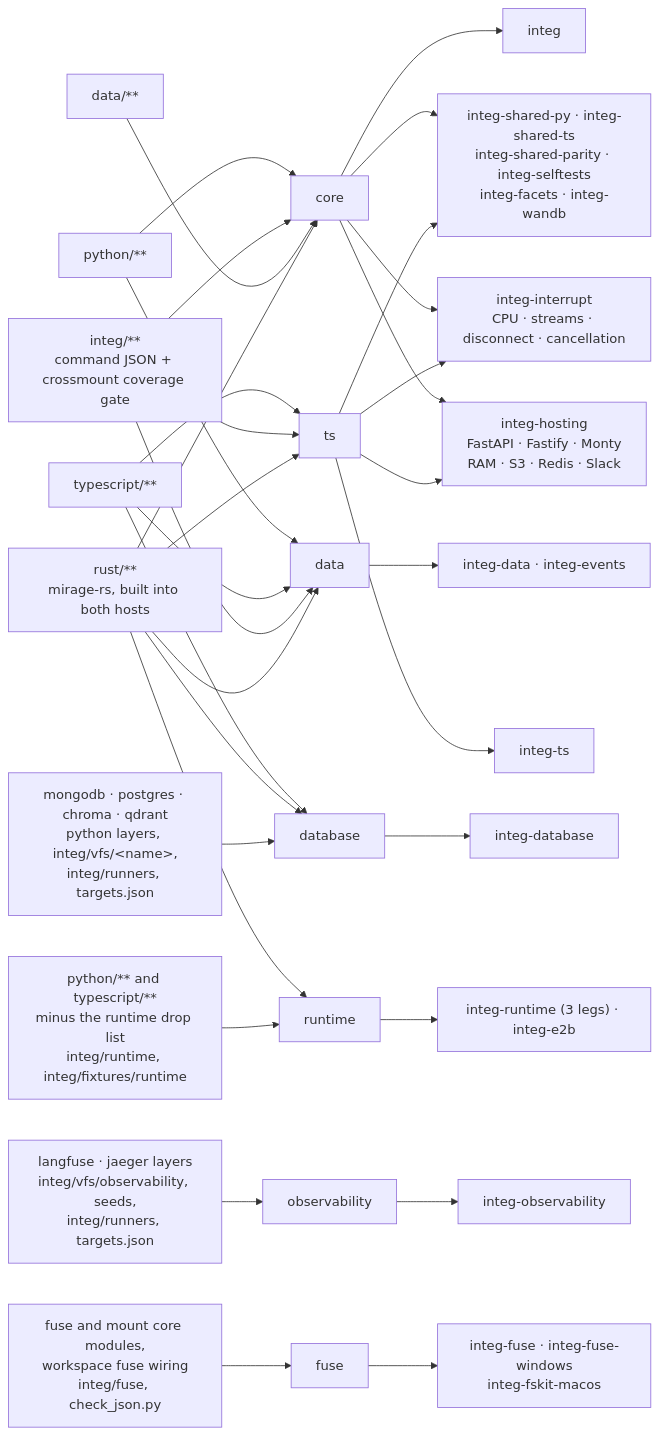
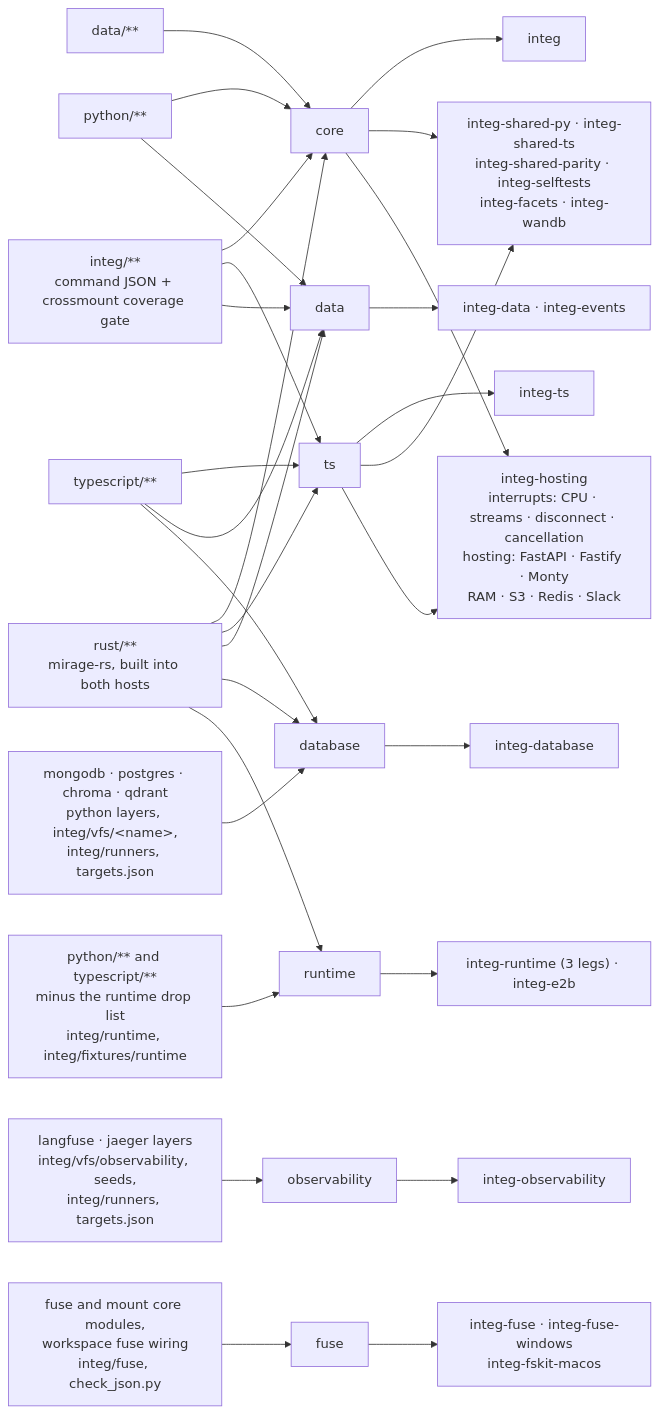
One commit to bytecii/mirage changed the diagram in integ/README.md. Above: the diagram before and after it, drawn with Mermaid. The commit also changed 4 other files, not shown here.

````diff
--- a/integ/README.md
+++ b/integ/README.md
@@ -203,22 +203,21 @@
 ```mermaid
 flowchart LR
     PY["python/**"] --> core & data
     TSX["typescript/**"] --> ts & data & database
     IN["integ/**<br/>command JSON + crossmount coverage gate"] --> core & ts & data
     D["data/**"] --> core
     RS["rust/**<br/>mirage-rs, built into both hosts"] --> core & ts & data & database & runtime
     DB["mongodb · postgres · chroma · qdrant<br/>python layers, integ/vfs/&lt;name&gt;,<br/>integ/runners, targets.json"] --> database
     OB["langfuse · jaeger layers<br/>integ/vfs/observability, seeds,<br/>integ/runners, targets.json"] --> observability
     FS["fuse and mount core modules,<br/>workspace fuse wiring<br/>integ/fuse, check_json.py"] --> fuse
     RT["python/** and typescript/**<br/>minus the runtime drop list<br/>integ/runtime, integ/fixtures/runtime"] --> runtime
     core --> J1["integ"]
     ts --> J2["integ-ts"]
     core & ts --> J3["integ-shared-py · integ-shared-ts<br/>integ-shared-parity · integ-selftests<br/>integ-facets · integ-wandb"]
-    core & ts --> INTERRUPT["integ-interrupt<br/>CPU · streams · disconnect · cancellation"]
-    core & ts --> HOST["integ-hosting<br/>FastAPI · Fastify · Monty<br/>RAM · S3 · Redis · Slack"]
+    core & ts --> HOST["integ-hosting<br/>interrupts: CPU · streams · disconnect · cancellation<br/>hosting: FastAPI · Fastify · Monty<br/>RAM · S3 · Redis · Slack"]
     data --> J4["integ-data · integ-events"]
     database --> J5["integ-database"]
     observability --> J6["integ-observability"]
     fuse --> J7["integ-fuse · integ-fuse-windows<br/>integ-fskit-macos"]
     runtime --> J8["integ-runtime (3 legs) · integ-e2b"]
 ```
````
